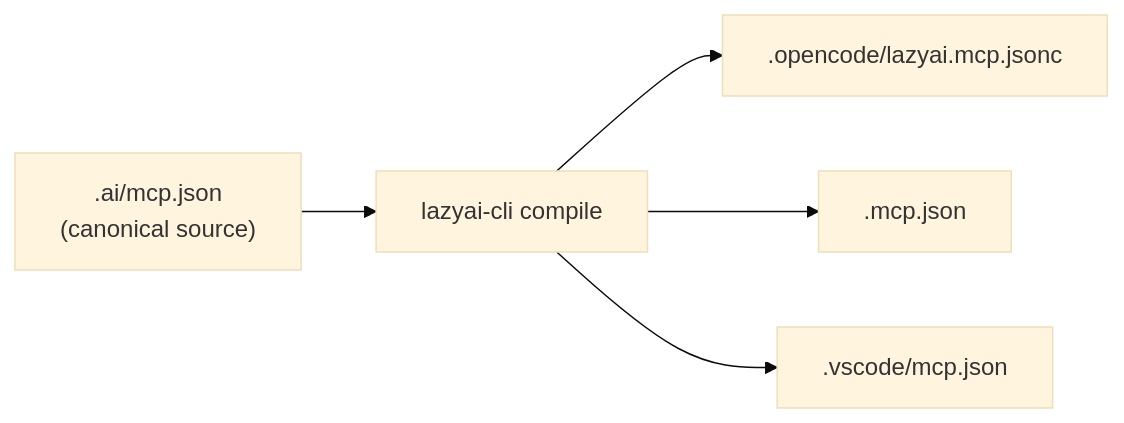
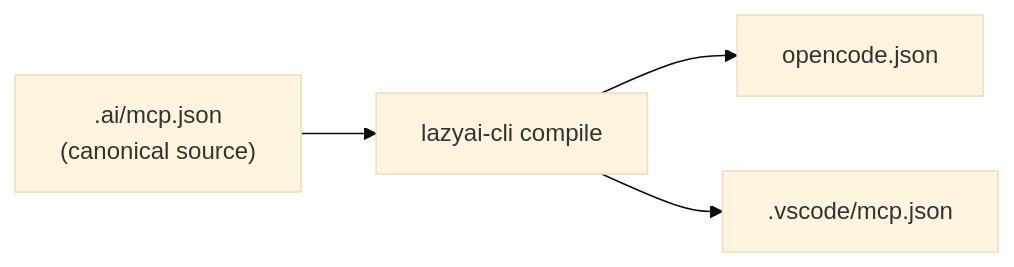
One commit to rluisb/lazyai changed the diagram in docs/integration/mcp.md. Above: the diagram before and after it, drawn with Mermaid (base theme). The commit also changed other lines of this file and 11 other files, not shown here.

````diff
--- a/docs/integration/mcp.md
+++ b/docs/integration/mcp.md
@@ -37,7 +37,6 @@
 ```mermaid
 flowchart LR
     C[".ai/mcp.json<br/>(canonical source)"] --> M["lazyai-cli compile"]
-    M --> OC[".opencode/lazyai.mcp.jsonc"]
-    M --> CC[".mcp.json"]
+    M --> OC["opencode.json"]
     M --> CP[".vscode/mcp.json"]
 ```
````
